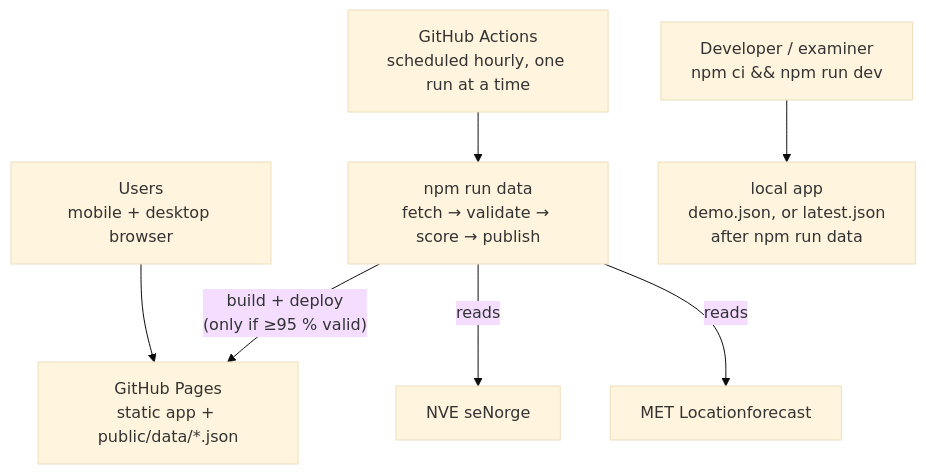
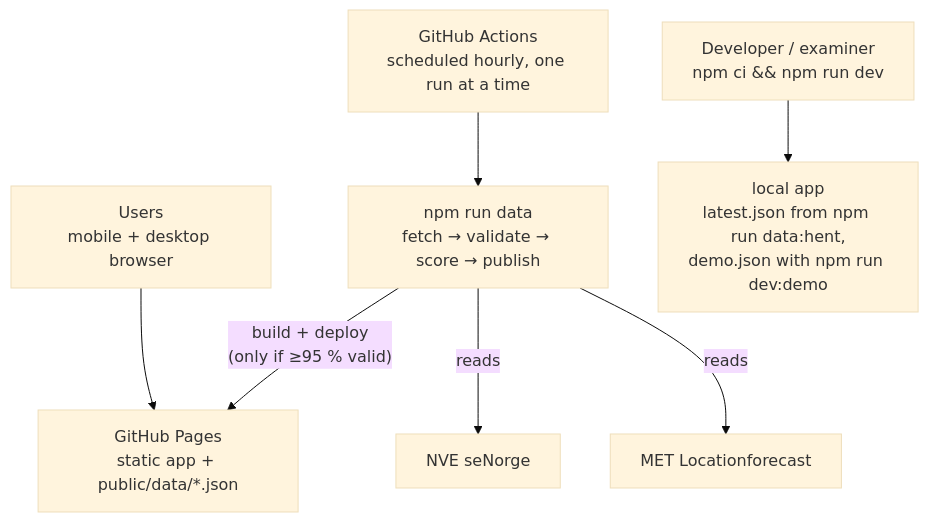
The second of 2 diagrams in project-phase-folders/2-Planleggingsfasen/SnowFinder-Arkitektur.md (IBE160-2026/G18-bikila-dymbe-gela-james), drawn with Mermaid (base theme) before and after one commit. The commit also changed other lines of this file and 15 other files, not shown here.

````diff
--- a/project-phase-folders/2-Planleggingsfasen/SnowFinder-Arkitektur.md
+++ b/project-phase-folders/2-Planleggingsfasen/SnowFinder-Arkitektur.md
@@ -337,9 +338,9 @@
 ```mermaid
 flowchart TB
     U["Users<br/>mobile + desktop browser"] --> PAGES["GitHub Pages<br/>static app + public/data/*.json"]
     CRON["GitHub Actions<br/>scheduled hourly, one run at a time"] --> RUN["npm run data<br/>fetch → validate → score → publish"]
     RUN -- "reads" --> MET["MET Locationforecast"]
     RUN -- "reads" --> NVE["NVE seNorge"]
     RUN -- "build + deploy<br/>(only if ≥95 % valid)" --> PAGES
-    DEV["Developer / examiner<br/>npm ci && npm run dev"] --> LOCAL["local app<br/>demo.json, or latest.json<br/>after npm run data"]
+    DEV["Developer / examiner<br/>npm ci && npm run dev"] --> LOCAL["local app<br/>latest.json from npm run data:hent,<br/>demo.json with npm run dev:demo"]
 ```
````
